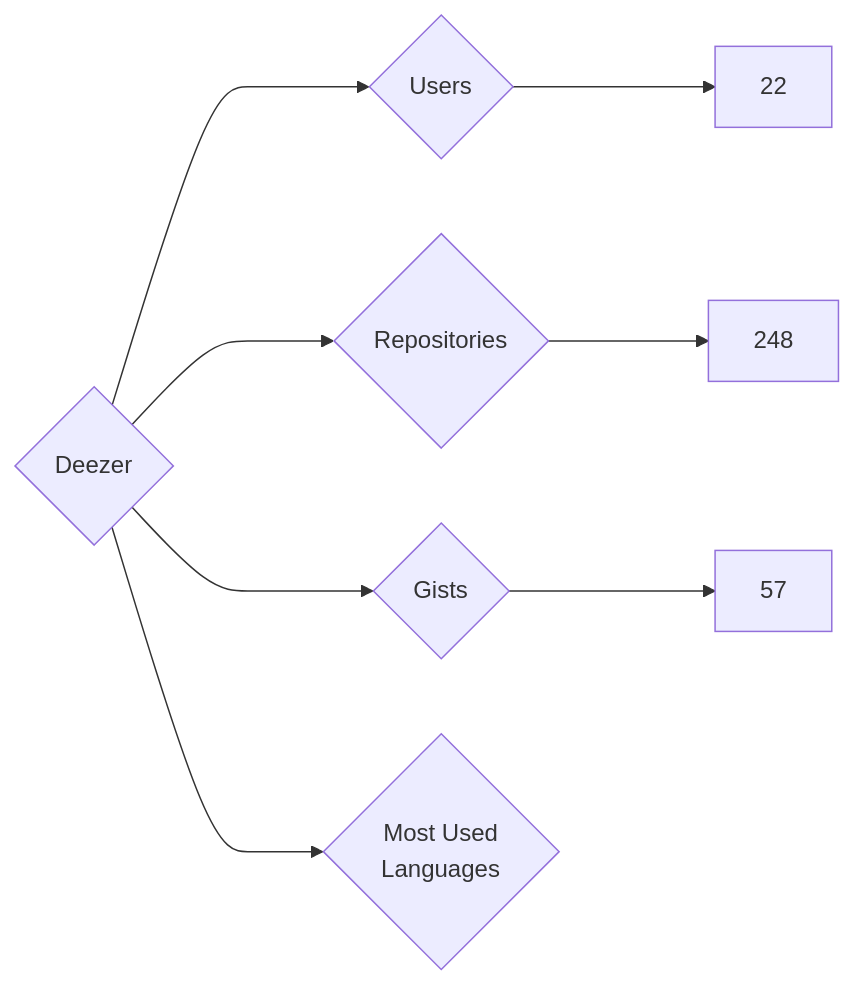
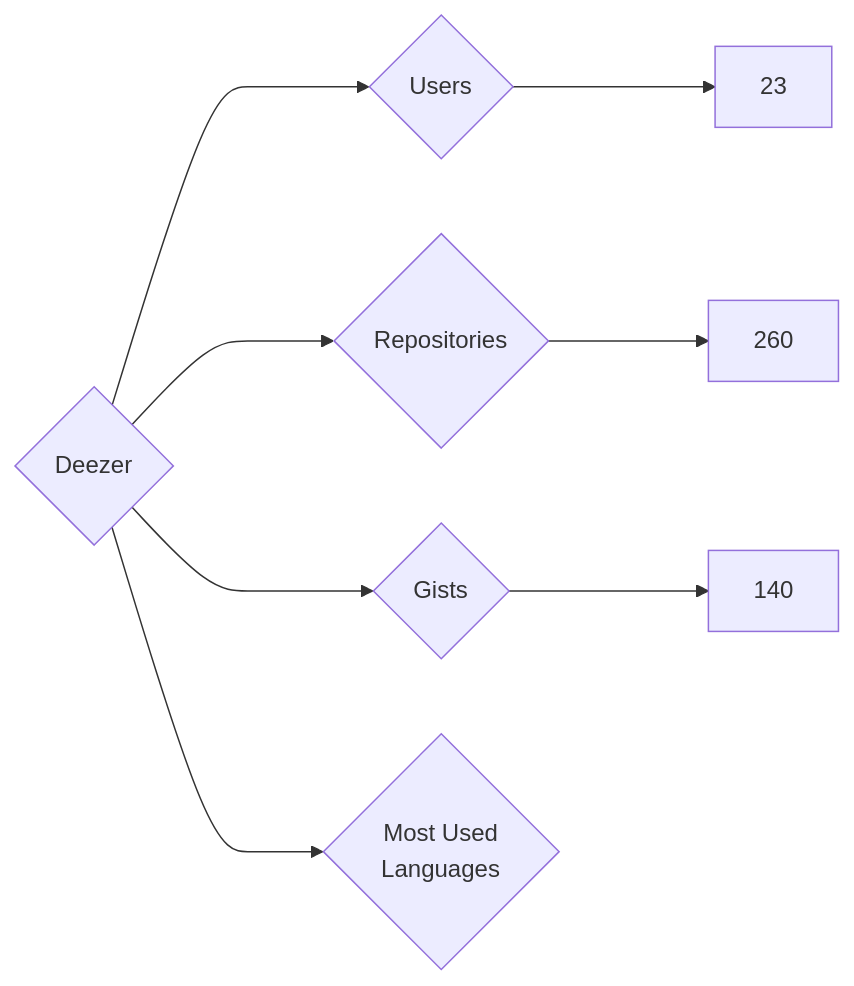
One commit to nenadzaric/insiders changed the diagram in targets/Deezer/README.md. Above: the diagram before and after it, drawn with Mermaid. The commit also changed 1342 other files, not shown here.

````diff
--- a/targets/Deezer/README.md
+++ b/targets/Deezer/README.md
@@ -3,8 +3,8 @@
 ```mermaid
 graph LR
 COMPANY_NAME{Deezer}
-COMPANY_NAME ---> U{Users} ---> UN[22]
-COMPANY_NAME ---> R{Repositories} ---> RN[248]
-COMPANY_NAME ---> G{Gists} ---> GN[57]
+COMPANY_NAME ---> U{Users} ---> UN[23]
+COMPANY_NAME ---> R{Repositories} ---> RN[260]
+COMPANY_NAME ---> G{Gists} ---> GN[140]
 COMPANY_NAME ---> ML{Most Used<br>Languages}
 ```
````
